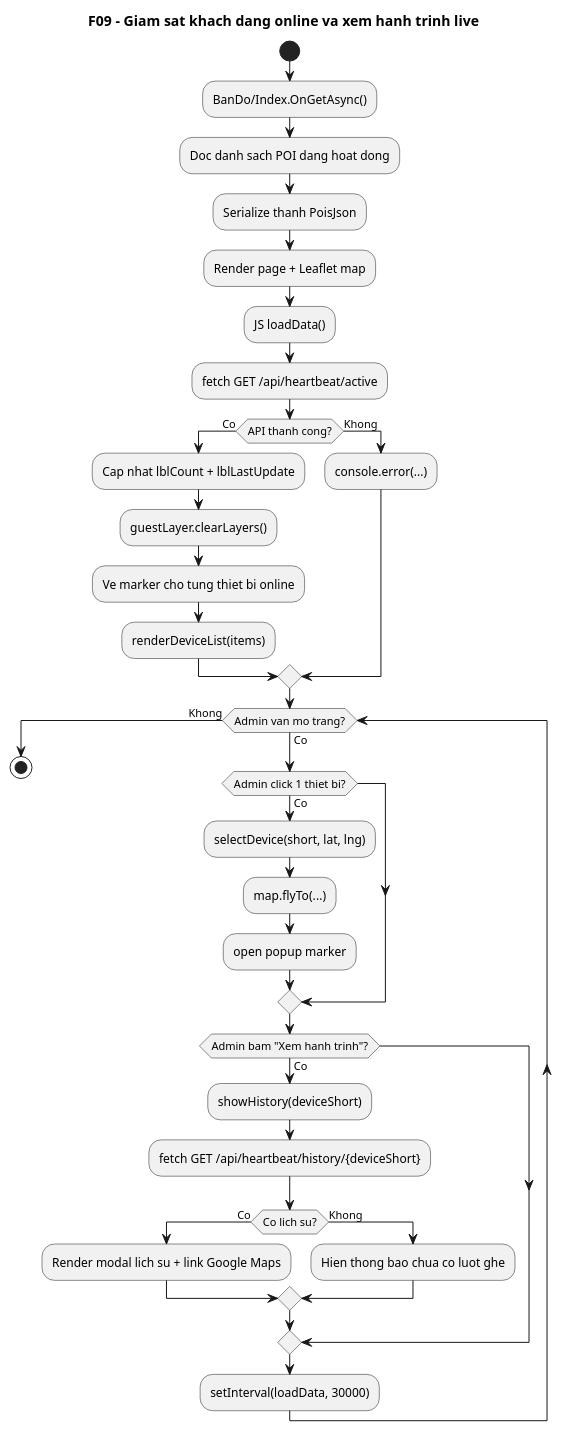
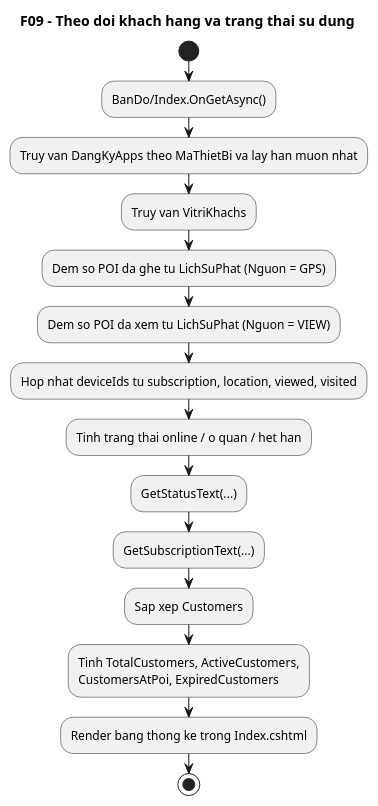
The diagram in docs/diagrams/09-live-map-activity.puml (VoBao182/PhoAmThuc), drawn with PlantUML before and after one commit. The commit also changed 6 other files, not shown here.

```diff
--- a/docs/diagrams/09-live-map-activity.puml
+++ b/docs/diagrams/09-live-map-activity.puml
@@ -1,49 +1,28 @@
 @startuml
-' Diagram: F09 - Giam sat khach dang online va xem hanh trinh live (Activity)
+' Diagram: F09 - Theo doi khach hang va trang thai su dung (Activity)
 ' Status: VERIFIED
 ' Baseline: branch master, HEAD 6510344
 ' Source:
-' - VinhKhanhTour.CMS/Pages/BanDo/Index.cshtml.cs: OnGetAsync()
-' - VinhKhanhTour.CMS/Pages/BanDo/Index.cshtml: loadData(), renderDeviceList(), selectDevice(), showHistory()
-' - VinhKhanhTour.API/Controllers/HeartbeatController.cs: GetActive(), GetHistory()
-' Note: Da doi chieu duoc ca PageModel, JS va API lien quan; van can cap nhat neu thay doi payload heartbeat hoac giao dien live map.
-title F09 - Giam sat khach dang online va xem hanh trinh live
+' - VinhKhanhTour.CMS/Pages/BanDo/Index.cshtml.cs: OnGetAsync(), GetStatusText(), GetSubscriptionText()
+' - VinhKhanhTour.CMS/Pages/BanDo/Index.cshtml
+' - VinhKhanhTour.API/Models/DangKyApp.cs
+' - VinhKhanhTour.API/Models/VitriKhach.cs
+' - VinhKhanhTour.API/Models/LichSuPhat.cs
+' Note: Da sua theo code hien tai: trang BanDo khong con la live map fetch API bang JS, ma la bang tong hop render server-side.
+title F09 - Theo doi khach hang va trang thai su dung
 start
 :BanDo/Index.OnGetAsync();
-:Doc danh sach POI dang hoat dong;
-:Serialize thanh PoisJson;
-:Render page + Leaflet map;
-
-:JS loadData();
-:fetch GET /api/heartbeat/active;
-if (API thanh cong?) then (Co)
-  :Cap nhat lblCount + lblLastUpdate;
-  :guestLayer.clearLayers();
-  :Ve marker cho tung thiet bi online;
-  :renderDeviceList(items);
-else (Khong)
-  :console.error(...);
-endif
-
-while (Admin van mo trang?) is (Co)
-  if (Admin click 1 thiet bi?) then (Co)
-    :selectDevice(short, lat, lng);
-    :map.flyTo(...);
-    :open popup marker;
-  endif
-
-  if (Admin bam "Xem hanh trinh"?) then (Co)
-    :showHistory(deviceShort);
-    :fetch GET /api/heartbeat/history/{deviceShort};
-    if (Co lich su?) then (Co)
-      :Render modal lich su + link Google Maps;
-    else (Khong)
-      :Hien thong bao chua co luot ghe;
-    endif
-  endif
-
-  :setInterval(loadData, 30000);
-endwhile (Khong)
+:Truy van DangKyApps theo MaThietBi va lay han muon nhat;
+:Truy van VitriKhachs;
+:Dem so POI da ghe tu LichSuPhat (Nguon = GPS);
+:Dem so POI da xem tu LichSuPhat (Nguon = VIEW);
+:Hop nhat deviceIds tu subscription, location, viewed, visited;
+:Tinh trang thai online / o quan / het han;
+:GetStatusText(...);
+:GetSubscriptionText(...);
+:Sap xep Customers;
+:Tinh TotalCustomers, ActiveCustomers,\nCustomersAtPoi, ExpiredCustomers;
+:Render bang thong ke trong Index.cshtml;
 
 stop
 @enduml
```
